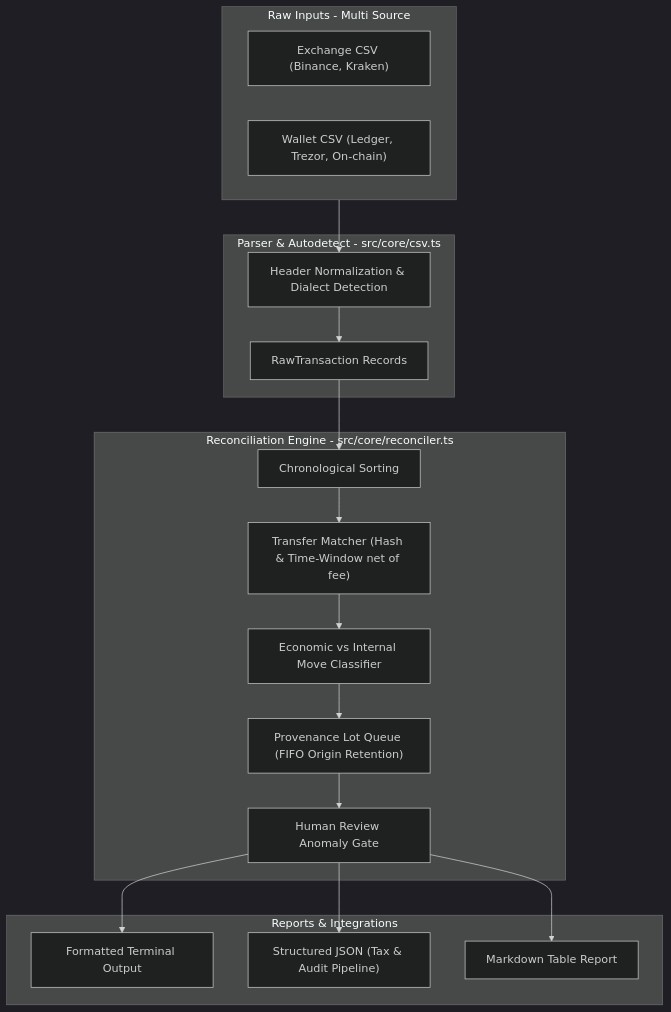
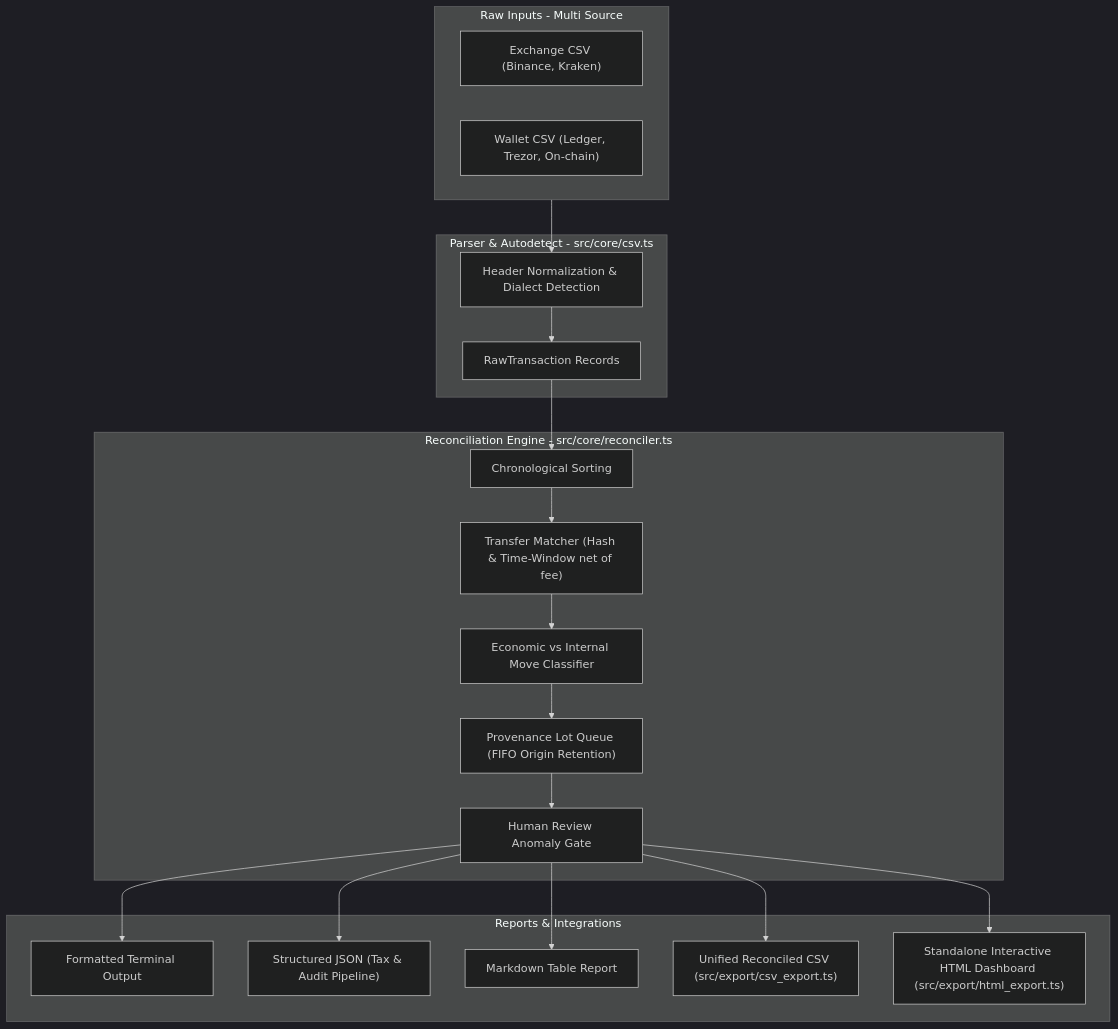
One commit to MRJonam91/CryptoLedger changed the diagram in docs/ARCHITECTURE.md. Above: the diagram before and after it, drawn with Mermaid (dark theme). The commit also changed 12 other files, not shown here.

Commit message:
feat(beta): release v0.3.0-beta with anomaly detection, HIFO valuation, CSV ledger export, and interactive HTML dashboard

````diff
--- a/docs/ARCHITECTURE.md
+++ b/docs/ARCHITECTURE.md
@@ -5,37 +5,41 @@
 ```mermaid
 flowchart TD
     subgraph Inputs [Raw Inputs - Multi Source]
         CSV1["Exchange CSV (Binance, Kraken)"]
         CSV2["Wallet CSV (Ledger, Trezor, On-chain)"]
     end
 
     subgraph Parser [Parser & Autodetect - src/core/csv.ts]
         Norm["Header Normalization & Dialect Detection"]
         Raw["RawTransaction Records"]
     end
 
     subgraph Reconciler [Reconciliation Engine - src/core/reconciler.ts]
         Sorter["Chronological Sorting"]
         Match["Transfer Matcher (Hash & Time-Window net of fee)"]
         Classify["Economic vs Internal Move Classifier"]
         Prov["Provenance Lot Queue (FIFO Origin Retention)"]
         Gate["Human Review Anomaly Gate"]
     end
 
     subgraph Outputs [Reports & Integrations]
         Term["Formatted Terminal Output"]
         JSON["Structured JSON (Tax & Audit Pipeline)"]
         MD["Markdown Table Report"]
+        CSVExp["Unified Reconciled CSV (src/export/csv_export.ts)"]
+        HTMLExp["Standalone Interactive HTML Dashboard (src/export/html_export.ts)"]
     end
 
     Inputs --> Norm
     Norm --> Raw
     Raw --> Sorter
     Sorter --> Match
     Match --> Classify
     Classify --> Prov
     Prov --> Gate
     Gate --> Term
     Gate --> JSON
     Gate --> MD
+    Gate --> CSVExp
+    Gate --> HTMLExp
 ```
````
